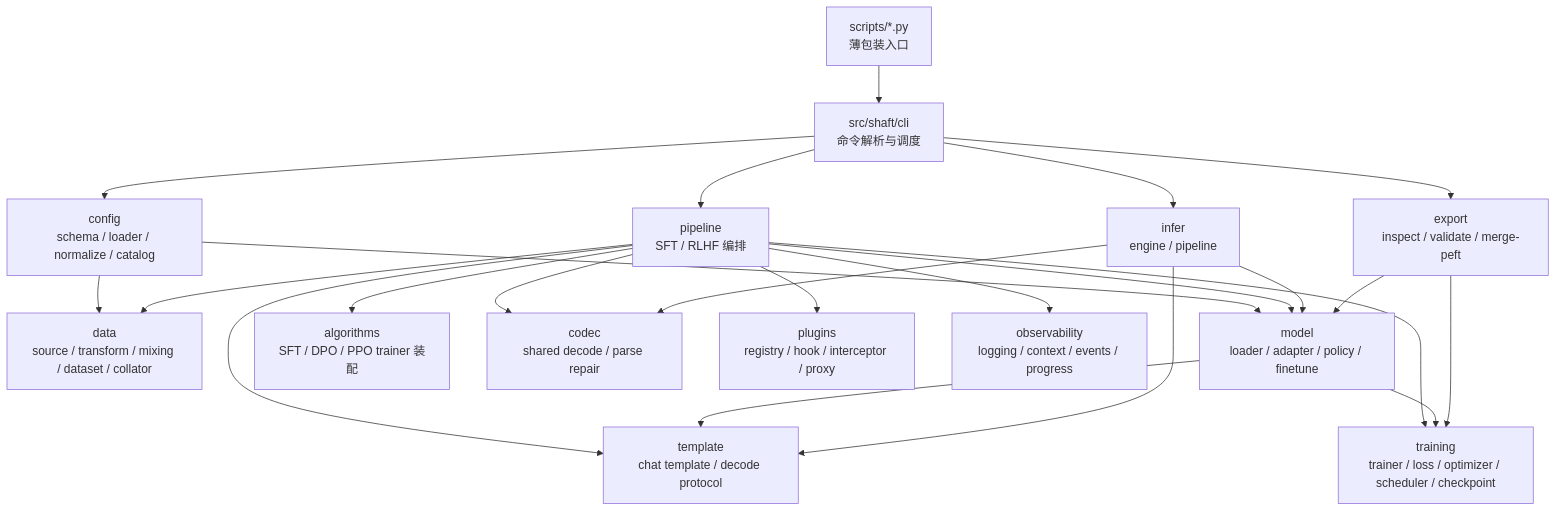
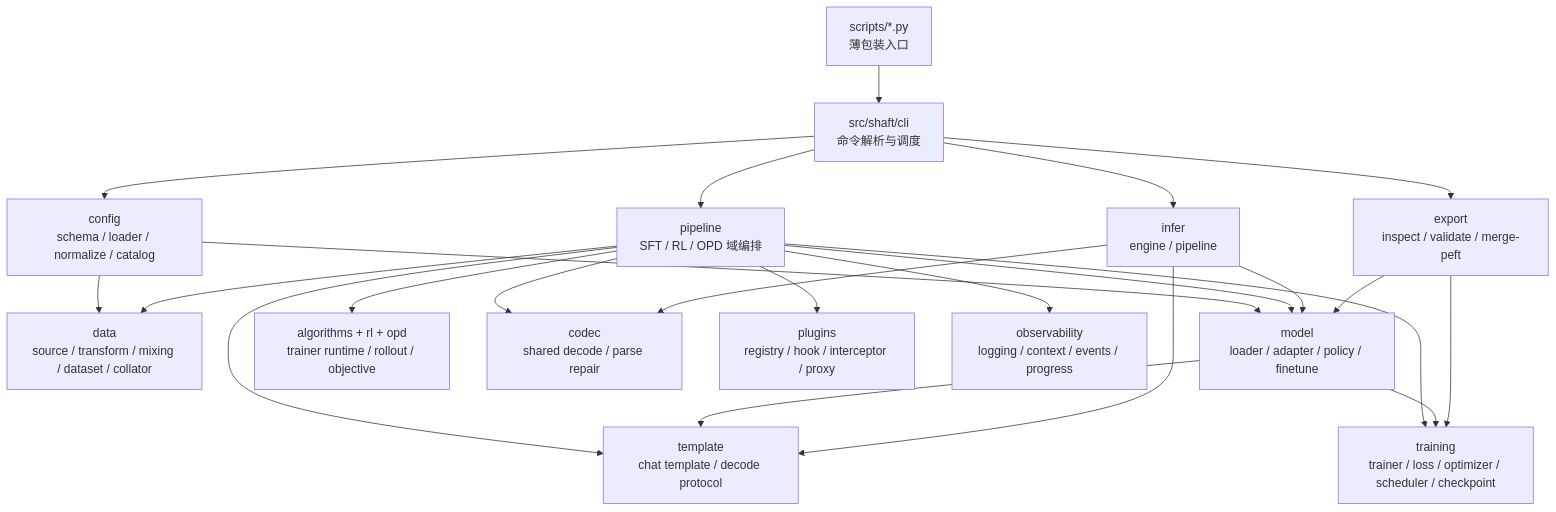
Before and after one commit to BITnene465/shaft: the first of 3 diagrams in docs/architecture.md, drawn with Mermaid. The commit also changed other lines of this file and 110 other files, not shown here.

````diff
--- a/docs/architecture.md
+++ b/docs/architecture.md
@@ -48,41 +48,41 @@
 ```mermaid
 flowchart TD
     Scripts["scripts/*.py<br/>薄包装入口"]
     CLI["src/shaft/cli<br/>命令解析与调度"]
     Config["config<br/>schema / loader / normalize / catalog"]
-    Pipeline["pipeline<br/>SFT / RLHF 编排"]
+    Pipeline["pipeline<br/>SFT / RL / OPD 域编排"]
     Data["data<br/>source / transform / mixing / dataset / collator"]
     Model["model<br/>loader / adapter / policy / finetune"]
     Template["template<br/>chat template / decode protocol"]
-    Algorithms["algorithms<br/>SFT / DPO / PPO trainer 装配"]
+    Algorithms["algorithms + rl + opd<br/>trainer runtime / rollout / objective"]
     Training["training<br/>trainer / loss / optimizer / scheduler / checkpoint"]
     Codec["codec<br/>shared decode / parse repair"]
     Infer["infer<br/>engine / pipeline"]
     Export["export<br/>inspect / validate / merge-peft"]
     Plugins["plugins<br/>registry / hook / interceptor / proxy"]
     Obs["observability<br/>logging / context / events / progress"]
 
     Scripts --> CLI
     CLI --> Config
     CLI --> Pipeline
     CLI --> Infer
     CLI --> Export
 
     Config --> Data
     Config --> Model
     Pipeline --> Data
     Pipeline --> Model
     Pipeline --> Template
     Pipeline --> Algorithms
     Pipeline --> Training
     Pipeline --> Codec
     Pipeline --> Plugins
     Pipeline --> Obs
     Model --> Template
     Model --> Training
     Infer --> Codec
     Infer --> Model
     Infer --> Template
     Export --> Model
     Export --> Training
 ```
````
